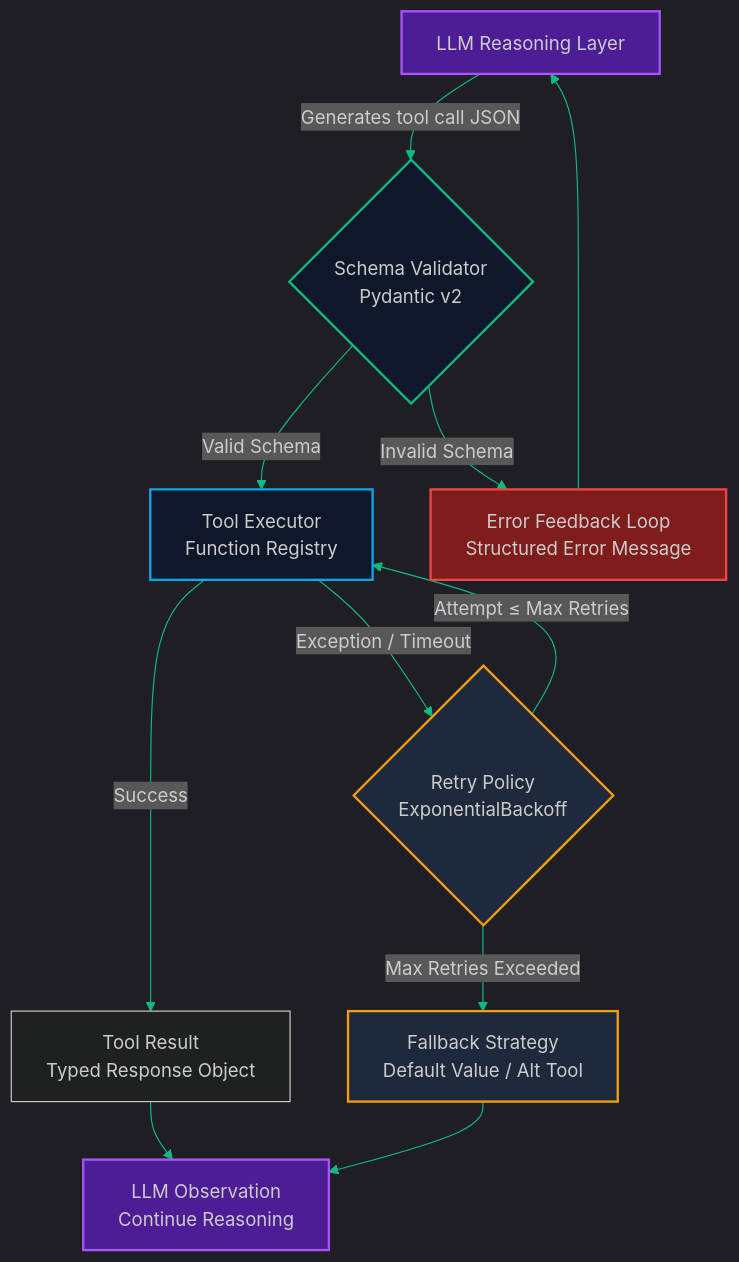
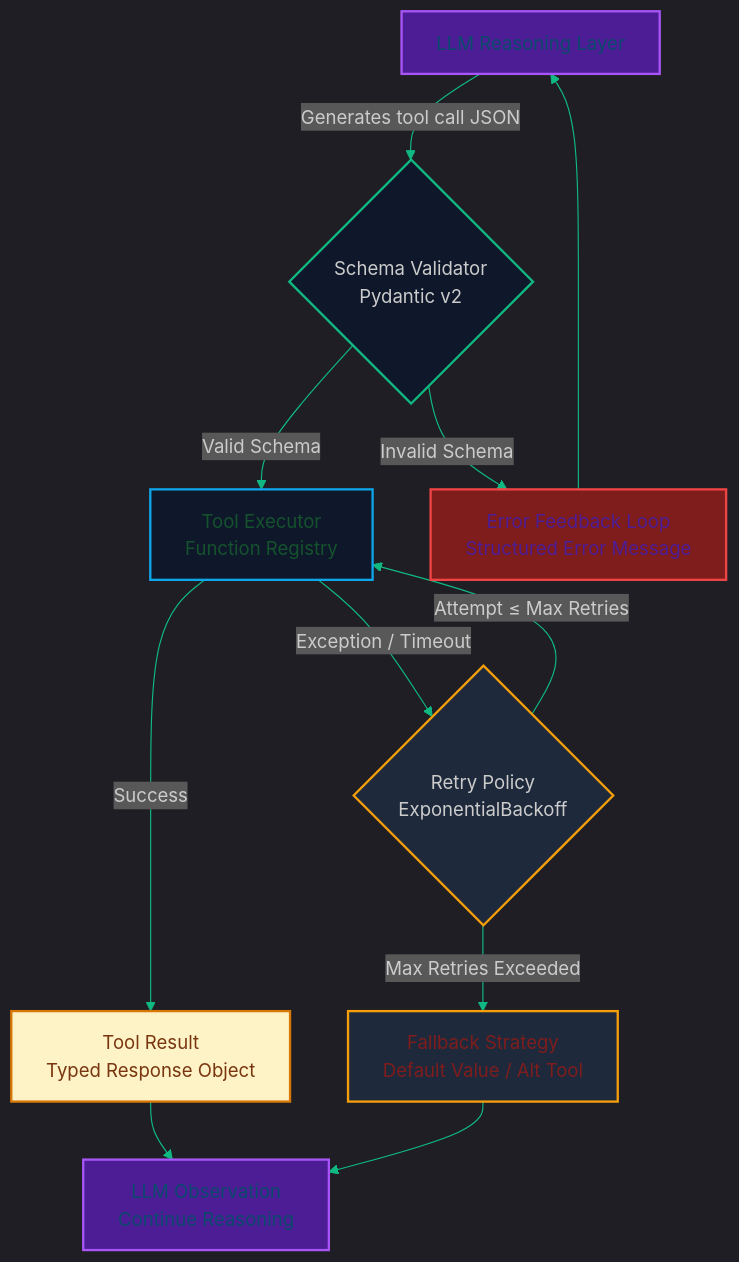
The first of 2 diagrams in blog/posts/tool-calling-contracts-error-recovery.md (akmalkhaniub/akmalkhaniub.github.io), drawn with Mermaid before and after one commit. The commit also changed other lines of this file and 1291 other files, not shown here.

First line of the commit message:
feat(catalog): unique covers, scholarly references, and diagram palettes

````diff
--- a/blog/posts/tool-calling-contracts-error-recovery.md
+++ b/blog/posts/tool-calling-contracts-error-recovery.md
@@ -23,26 +23,37 @@
 ```mermaid
 %%{init: {'theme': 'dark', 'themeVariables': { 'primaryColor': '#10b981', 'primaryTextColor': '#f3f4f6', 'primaryBorderColor': '#34d399', 'lineColor': '#10b981', 'secondaryColor': '#111827', 'tertiaryColor': '#0f172a'}}}%%
 flowchart TD
-    A[ LLM Reasoning Layer] -->|Generates tool call JSON| B{Schema Validator<br/>Pydantic v2}
+    A[" LLM Reasoning Layer"] -->|Generates tool call JSON| B{Schema Validator<br/>Pydantic v2}
     
-    B -->|Valid Schema| C[Tool Executor<br/>Function Registry]
-    B -->|Invalid Schema| D[Error Feedback Loop<br/>Structured Error Message]
+    B -->|Valid Schema| C["Tool Executor<br/>Function Registry"]
+    B -->|Invalid Schema| D["Error Feedback Loop<br/>Structured Error Message"]
     D --> A
 
-    C -->|Success| E[Tool Result<br/>Typed Response Object]
+    C -->|Success| E["Tool Result<br/>Typed Response Object"]
     C -->|Exception / Timeout| F{Retry Policy<br/>ExponentialBackoff}
     
     F -->|Attempt ≤ Max Retries| C
-    F -->|Max Retries Exceeded| G[Fallback Strategy<br/>Default Value / Alt Tool]
+    F -->|Max Retries Exceeded| G["Fallback Strategy<br/>Default Value / Alt Tool"]
     
-    E --> H[LLM Observation<br/>Continue Reasoning]
+    E --> H["LLM Observation<br/>Continue Reasoning"]
     G --> H
 
     style A fill:#4c1d95,stroke:#a855f7,stroke-width:2px
     style B fill:#0f172a,stroke:#10b981,stroke-width:2px
     style C fill:#0f172a,stroke:#0ea5e9,stroke-width:2px
     style D fill:#7f1d1d,stroke:#ef4444,stroke-width:2px
     style F fill:#1e293b,stroke:#f59e0b,stroke-width:2px
     style G fill:#1e293b,stroke:#f59e0b,stroke-width:2px
     style H fill:#4c1d95,stroke:#a855f7,stroke-width:2px
+
+classDef green fill:#dcfce7,stroke:#16a34a,stroke-width:2px,color:#14532d;
+classDef red fill:#fee2e2,stroke:#dc2626,stroke-width:2px,color:#7f1d1d;
+classDef blue fill:#e0f2fe,stroke:#0284c7,stroke-width:2px,color:#0c4a6e;
+classDef yellow fill:#fef3c7,stroke:#d97706,stroke-width:2px,color:#78350f;
+classDef purple fill:#ede9fe,stroke:#7c3aed,stroke-width:2px,color:#4c1d95;
+class A,H blue
+class C green
+class D purple
+class E yellow
+class G red
 ```
````
